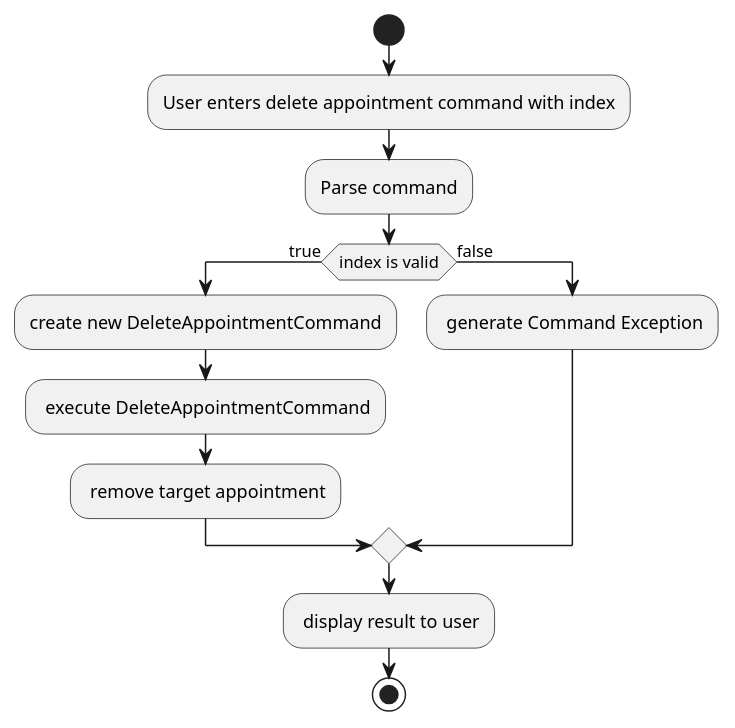
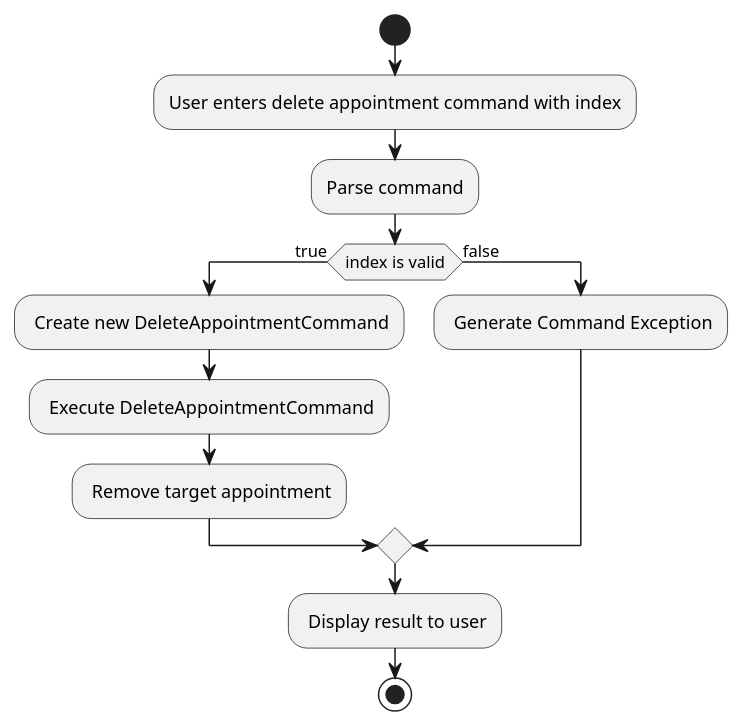
Before and after one commit to nus-cs2103-AY2122S1/tp: the diagram in docs/diagrams/DeleteAppointmentActivityDiagram.puml, drawn with PlantUML.

```diff
--- a/docs/diagrams/DeleteAppointmentActivityDiagram.puml
+++ b/docs/diagrams/DeleteAppointmentActivityDiagram.puml
@@ -1,17 +1,17 @@
 @startuml
 'https://plantuml.com/activity-diagram-beta
 
 start
 :User enters delete appointment command with index;
 :Parse command;
 if (index is valid) then (true)
-  :create new DeleteAppointmentCommand;
-  : execute DeleteAppointmentCommand;
-  : remove target appointment;
+  : Create new DeleteAppointmentCommand;
+  : Execute DeleteAppointmentCommand;
+  : Remove target appointment;
 else (false)
-    : generate Command Exception;
+    : Generate Command Exception;
 endif
-: display result to user;
+: Display result to user;
 stop
 
 @enduml
```
